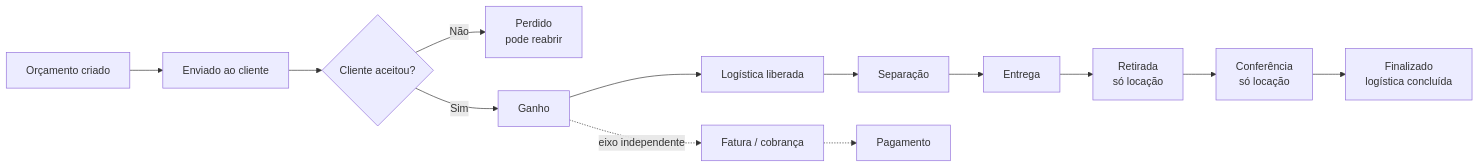
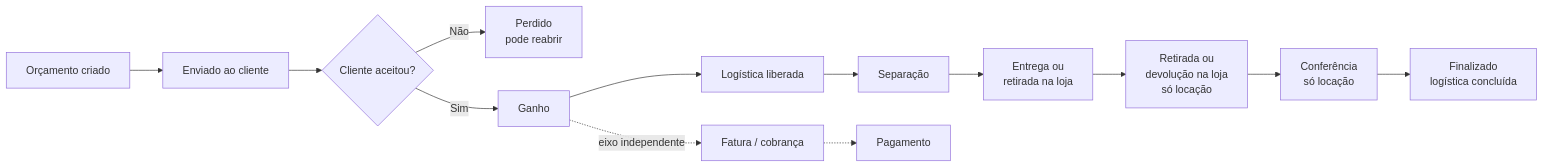
Before and after one commit to LocFlowTeam/locflow-docs: the first of 3 diagrams in conceitos/ciclo-de-um-pedido.md, drawn with Mermaid. The commit also changed other lines of this file and 18 other files, not shown here.

````diff
--- a/conceitos/ciclo-de-um-pedido.md
+++ b/conceitos/ciclo-de-um-pedido.md
@@ -16,13 +16,13 @@
 ```mermaid
 flowchart LR
     A[Orçamento criado] --> B[Enviado ao cliente]
     B --> C{Cliente aceitou?}
     C -->|Não| P[Perdido<br/>pode reabrir]
     C -->|Sim| G[Ganho]
     G --> L[Logística liberada]
-    L --> S[Separação] --> E[Entrega]
-    E --> R[Retirada<br/>só locação] --> CF[Conferência<br/>só locação]
+    L --> S[Separação] --> E[Entrega ou<br/>retirada na loja]
+    E --> R[Retirada ou<br/>devolução na loja<br/>só locação] --> CF[Conferência<br/>só locação]
     CF --> FIM[Finalizado<br/>logística concluída]
     G -.->|eixo independente| F[Fatura / cobrança]
     F -.-> PG[Pagamento]
 ```
````
